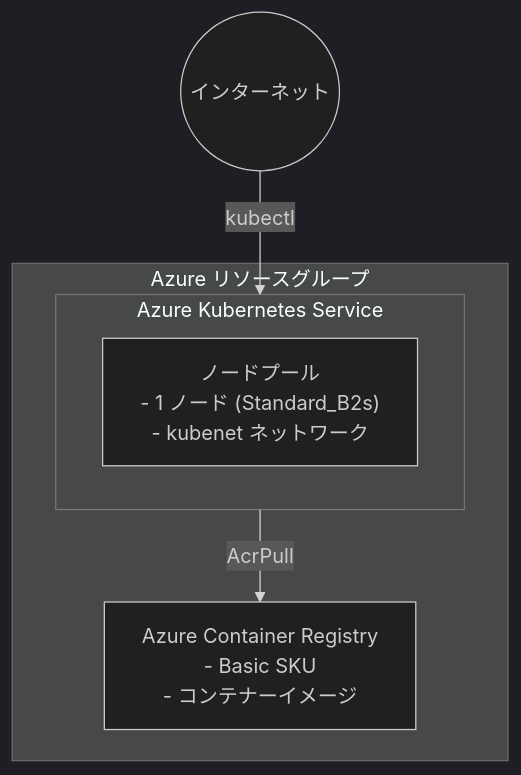
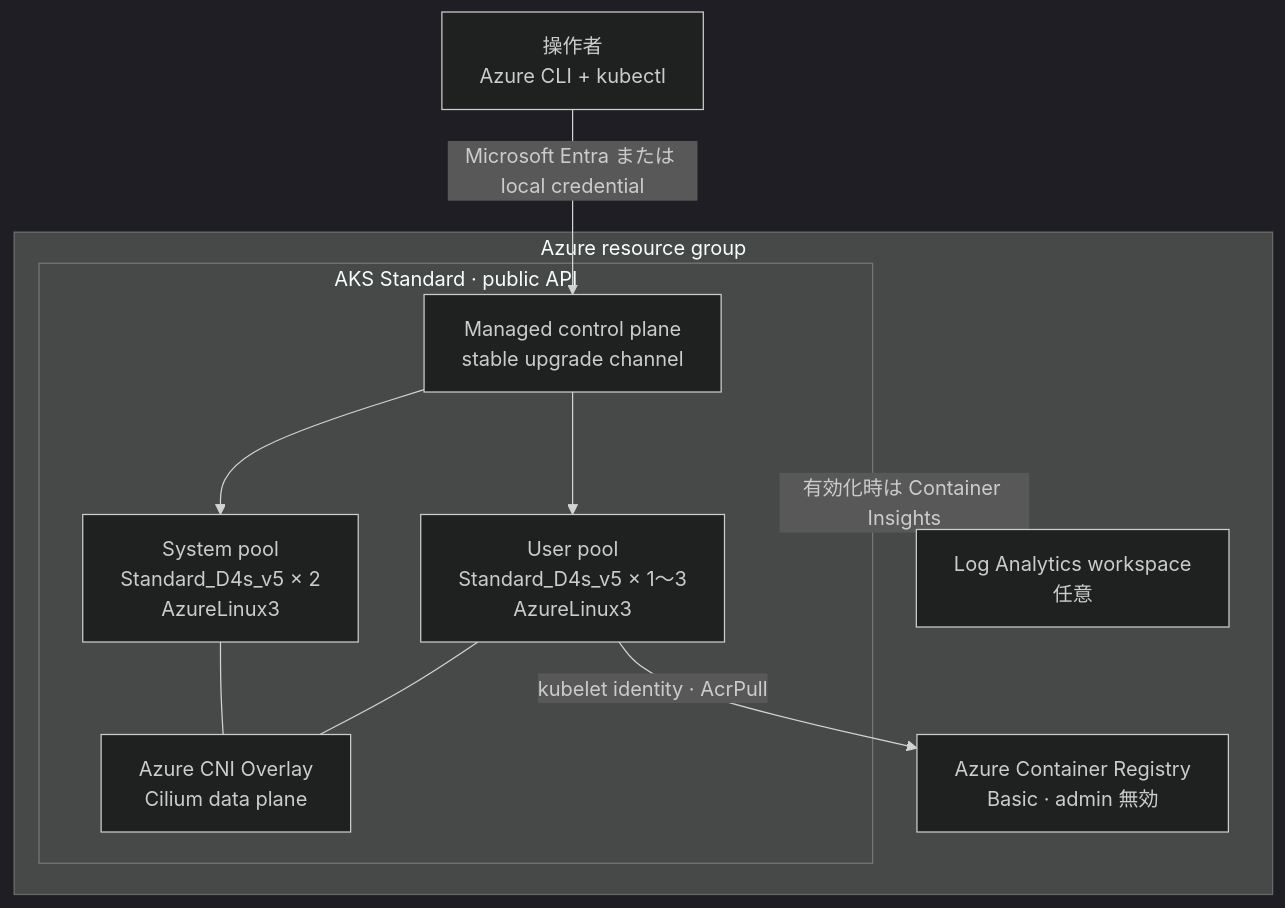
Before and after one commit to ks6088ts/template-terraform: the diagram in infra/scenarios/azure_kubernetes_playground/README.ja.md, drawn with Mermaid (dark theme). The commit also changed other lines of this file and 28 other files, not shown here.

First line of the commit message:
Enhance OpenTelemetry Kubernetes and Local Deployments

````diff
--- a/infra/scenarios/azure_kubernetes_playground/README.ja.md
+++ b/infra/scenarios/azure_kubernetes_playground/README.ja.md
@@ -28,15 +43,24 @@
 ```mermaid
 flowchart TB
-    Internet((インターネット))
+    Operator["操作者<br/>Azure CLI + kubectl"]
 
-    subgraph Azure["Azure リソースグループ"]
-        ACR["Azure Container Registry<br/>- Basic SKU<br/>- コンテナーイメージ"]
+    subgraph RG["Azure resource group"]
+        ACR["Azure Container Registry<br/>Basic · admin 無効"]
+        LAW["Log Analytics workspace<br/>任意"]
 
-        subgraph AKS["Azure Kubernetes Service"]
-            Node["ノードプール<br/>- 1 ノード (Standard_B2s)<br/>- kubenet ネットワーク"]
+        subgraph AKS["AKS Standard · public API"]
+            API["Managed control plane<br/>stable upgrade channel"]
+            SYS["System pool<br/>Standard_D4s_v5 × 2<br/>AzureLinux3"]
+            USER["User pool<br/>Standard_D4s_v5 × 1～3<br/>AzureLinux3"]
+            CILIUM["Azure CNI Overlay<br/>Cilium data plane"]
         end
     end
 
-    Internet -->|kubectl| AKS
-    AKS -->|AcrPull| ACR
+    Operator -->|Microsoft Entra または local credential| API
+    API --> SYS
+    API --> USER
+    SYS --- CILIUM
+    USER --- CILIUM
+    USER -->|kubelet identity · AcrPull| ACR
+    AKS -.->|有効化時は Container Insights| LAW
 ```
````
